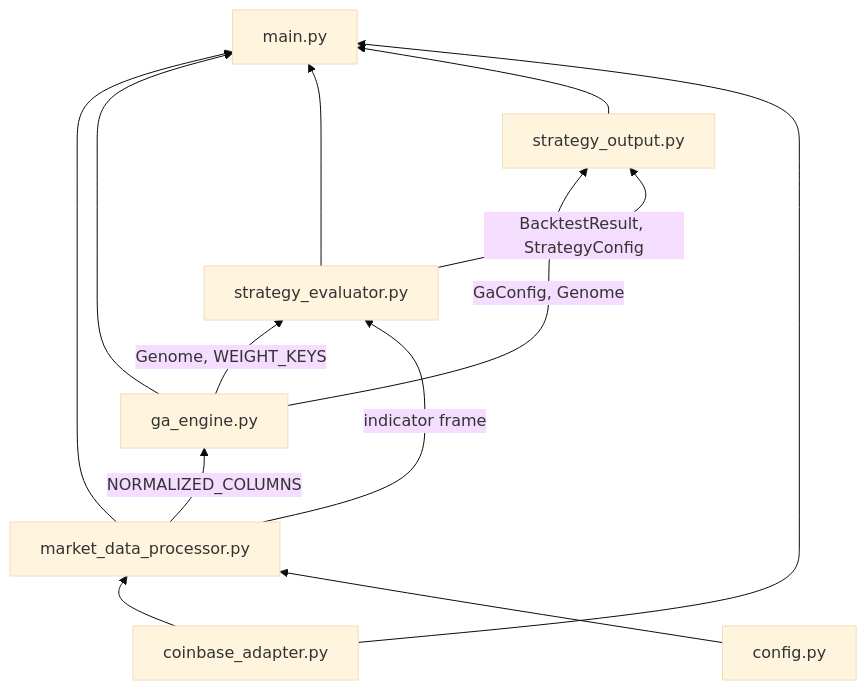
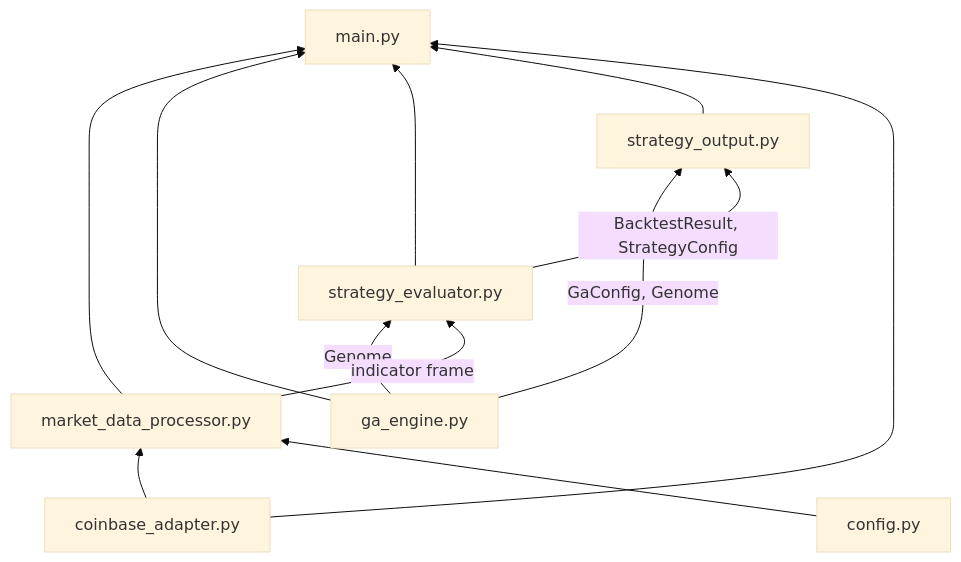
Before and after one commit to brunobrods/hippo: the first of 2 diagrams in coinbase/ga/README.md, drawn with Mermaid (base theme). The commit also changed other lines of this file and 5 other files, not shown here.

First line of the commit message:
Validate weight_keys against normalized_columns, fix stale docs

````diff
--- a/coinbase/ga/README.md
+++ b/coinbase/ga/README.md
@@ -12,23 +12,22 @@
 ```mermaid
 flowchart BT
     ADAPTER[coinbase_adapter.py]
     MDP[market_data_processor.py]
     GA[ga_engine.py]
     SE[strategy_evaluator.py]
     SO[strategy_output.py]
     CFG[config.py]
     MAIN[main.py]
 
     ADAPTER --> MDP
     CFG --> MDP
-    MDP -->|NORMALIZED_COLUMNS| GA
-    GA -->|Genome, WEIGHT_KEYS| SE
+    GA -->|Genome| SE
     MDP -->|indicator frame| SE
     GA -->|GaConfig, Genome| SO
     SE -->|BacktestResult, StrategyConfig| SO
     MDP --> MAIN
     GA --> MAIN
     SE --> MAIN
     SO --> MAIN
     ADAPTER --> MAIN
 ```
````
